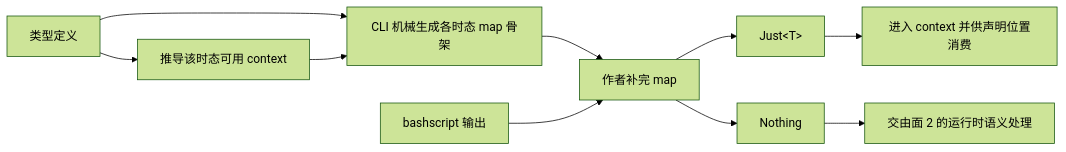
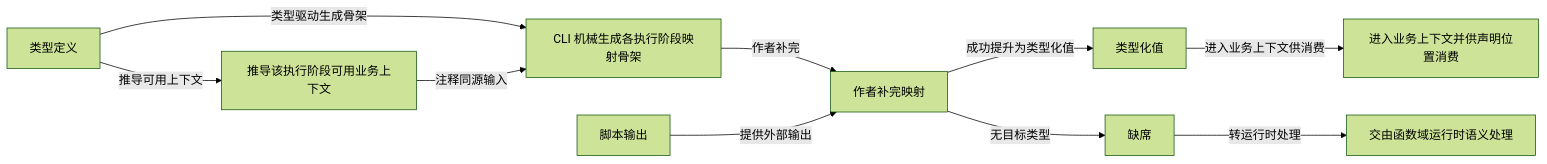
The second of 7 diagrams in v3-issue/A.md (mouriya-s-lab/coder-loop), drawn with Mermaid (forest theme) before and after one commit. The commit also changed other lines of this file and 2 other files, not shown here.

````diff
--- a/v3-issue/A.md
+++ b/v3-issue/A.md
@@ -1102,12 +258,13 @@
 ```mermaid
 flowchart LR
-    T[类型定义] --> G[CLI 机械生成各时态 map 骨架]
-    T --> C[推导该时态可用 context]
-    C --> G
-    G --> M[作者补完 map]
-    B[bashscript 输出] --> M
-    M --> J[Just&lt;T&gt;]
-    M --> N[Nothing]
-    J --> V[进入 context 并供声明位置消费]
-    N --> R[交由面 2 的运行时语义处理]
+    T[类型定义] -->|类型驱动生成骨架| G[CLI 机械生成各执行阶段映射骨架]
+    T -->|推导可用上下文| C[推导该执行阶段可用业务上下文]
+    C -->|注释同源输入| G
+    G -->|作者补完| M[作者补完映射]
+    B[脚本输出] -->|提供外部输出| M
+    M -->|成功提升为类型化值| J[类型化值]
+    M -->|无目标类型| N[缺席]
+    J -->|进入业务上下文供消费| V[进入业务上下文并供声明位置消费]
+    N -->|转运行时处理| R[交由函数域运行时语义处理]
+
 ```
````
